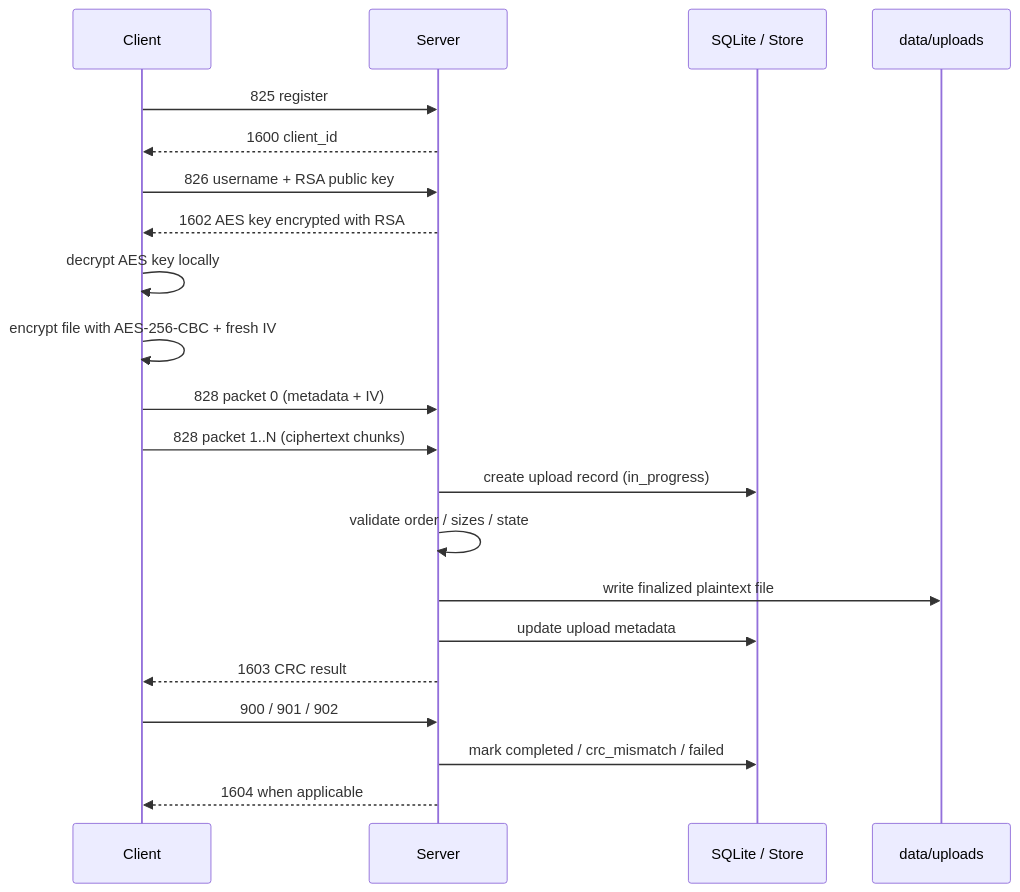
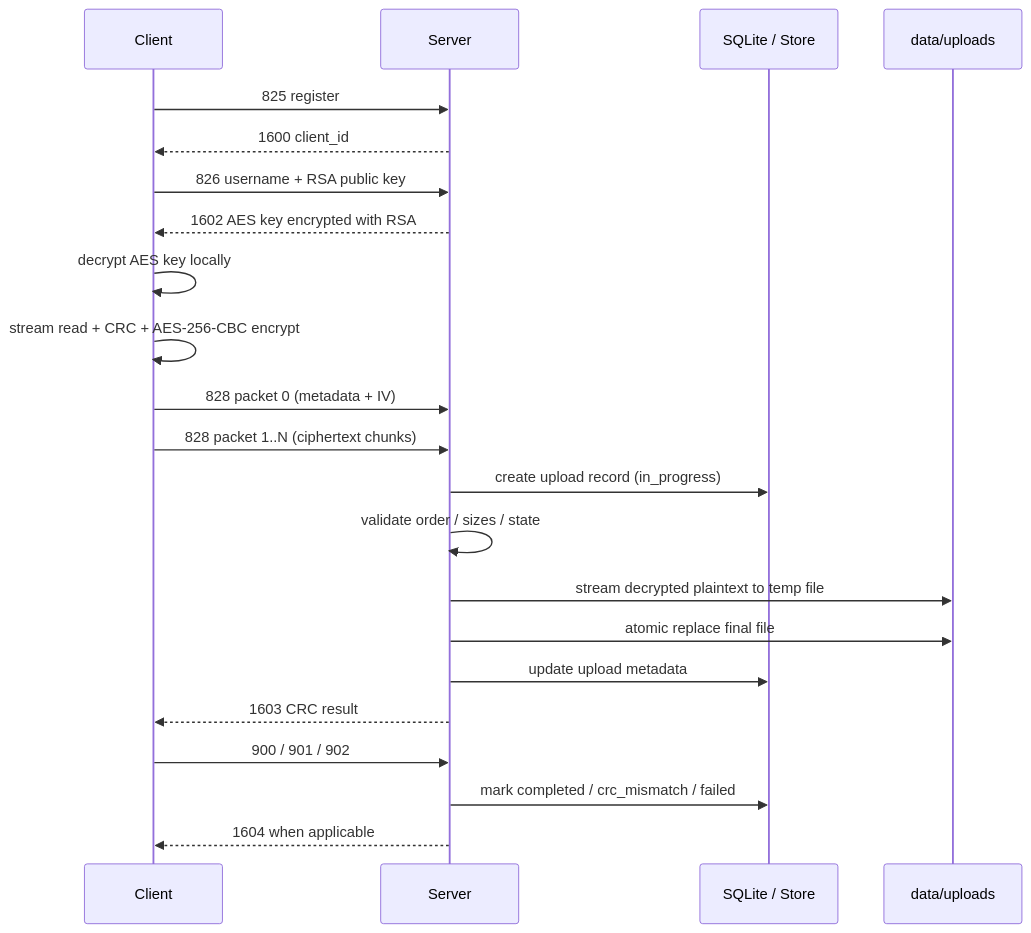
Before and after one commit to guy2610/Portfolio: the second of 2 diagrams in Secure-Encrypted-File-Transfer-Protocol/docs/architecture/system_design.md, drawn with Mermaid. The commit also changed other lines of this file and 7 other files, not shown here.

````diff
--- a/Secure-Encrypted-File-Transfer-Protocol/docs/architecture/system_design.md
+++ b/Secure-Encrypted-File-Transfer-Protocol/docs/architecture/system_design.md
@@ -112,29 +112,30 @@
 ```mermaid
 sequenceDiagram
     participant Client
     participant Server
     participant Store as SQLite / Store
     participant Disk as data/uploads
 
     Client->>Server: 825 register
     Server-->>Client: 1600 client_id
 
     Client->>Server: 826 username + RSA public key
     Server-->>Client: 1602 AES key encrypted with RSA
 
     Client->>Client: decrypt AES key locally
-    Client->>Client: encrypt file with AES-256-CBC + fresh IV
+    Client->>Client: stream read + CRC + AES-256-CBC encrypt
 
     Client->>Server: 828 packet 0 (metadata + IV)
     Client->>Server: 828 packet 1..N (ciphertext chunks)
 
     Server->>Store: create upload record (in_progress)
     Server->>Server: validate order / sizes / state
-    Server->>Disk: write finalized plaintext file
+    Server->>Disk: stream decrypted plaintext to temp file
+    Server->>Disk: atomic replace final file
     Server->>Store: update upload metadata
     Server-->>Client: 1603 CRC result
 
     Client->>Server: 900 / 901 / 902
     Server->>Store: mark completed / crc_mismatch / failed
     Server-->>Client: 1604 when applicable
 ```
````
